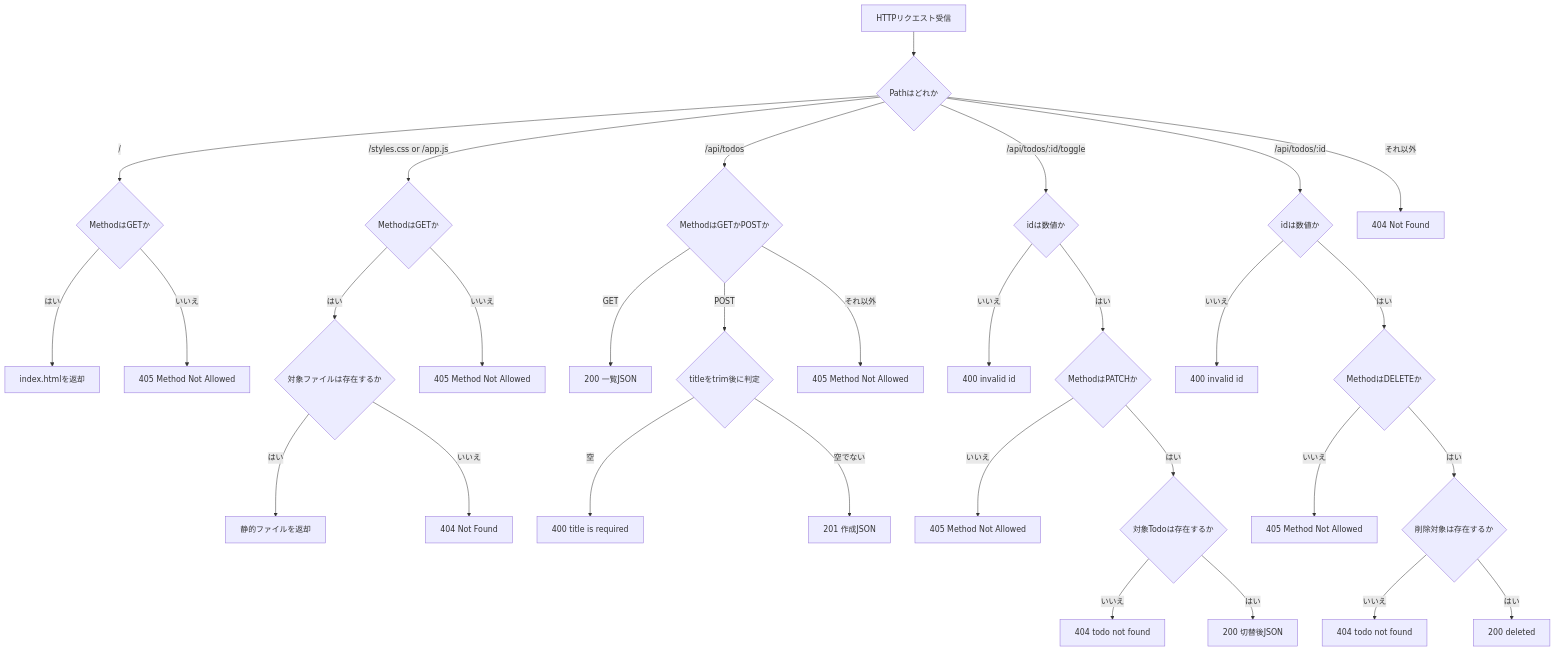
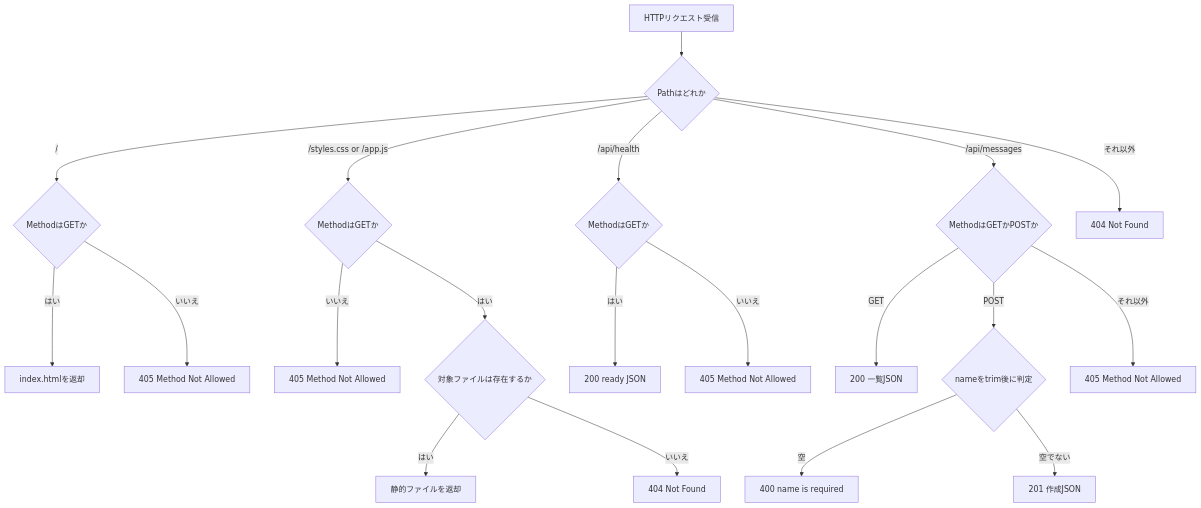
The third of 3 diagrams in docs/curriculum/web-app(簡易版)/lesson2.md (kiyomiya38/order-management-springboot), drawn with Mermaid before and after one commit. The commit also changed other lines of this file and 32 other files, not shown here.

````diff
--- a/docs/curriculum/web-app(簡易版)/lesson2.md
+++ b/docs/curriculum/web-app(簡易版)/lesson2.md
@@ -156,39 +171,27 @@
 ```mermaid
 flowchart TD
   A[HTTPリクエスト受信] --> P{Pathはどれか}
 
   P -->|/| R1{MethodはGETか}
   R1 -->|はい| OK1[index.htmlを返却]
   R1 -->|いいえ| E405A[405 Method Not Allowed]
 
   P -->|/styles.css or /app.js| R2{MethodはGETか}
+  R2 -->|いいえ| E405B[405 Method Not Allowed]
   R2 -->|はい| F{対象ファイルは存在するか}
   F -->|はい| OK2[静的ファイルを返却]
   F -->|いいえ| E404A[404 Not Found]
-  R2 -->|いいえ| E405B[405 Method Not Allowed]
 
-  P -->|/api/todos| R3{MethodはGETかPOSTか}
-  R3 -->|GET| OK3[200 一覧JSON]
-  R3 -->|POST| T{titleをtrim後に判定}
-  T -->|空| E400A[400 title is required]
-  T -->|空でない| OK4[201 作成JSON]
-  R3 -->|それ以外| E405C[405 Method Not Allowed]
+  P -->|/api/health| R3{MethodはGETか}
+  R3 -->|はい| OK3[200 ready JSON]
+  R3 -->|いいえ| E405C[405 Method Not Allowed]
 
-  P -->|/api/todos/:id/toggle| R4{idは数値か}
-  R4 -->|いいえ| E400B[400 invalid id]
-  R4 -->|はい| M1{MethodはPATCHか}
-  M1 -->|いいえ| E405D[405 Method Not Allowed]
-  M1 -->|はい| EX1{対象Todoは存在するか}
-  EX1 -->|いいえ| E404B[404 todo not found]
-  EX1 -->|はい| OK5[200 切替後JSON]
+  P -->|/api/messages| R4{MethodはGETかPOSTか}
+  R4 -->|GET| OK4[200 一覧JSON]
+  R4 -->|POST| N{nameをtrim後に判定}
+  N -->|空| E400[400 name is required]
+  N -->|空でない| OK5[201 作成JSON]
+  R4 -->|それ以外| E405D[405 Method Not Allowed]
 
-  P -->|/api/todos/:id| R5{idは数値か}
-  R5 -->|いいえ| E400C[400 invalid id]
-  R5 -->|はい| M2{MethodはDELETEか}
-  M2 -->|いいえ| E405E[405 Method Not Allowed]
-  M2 -->|はい| EX2{削除対象は存在するか}
-  EX2 -->|いいえ| E404C[404 todo not found]
-  EX2 -->|はい| OK6[200 deleted]
-
-  P -->|それ以外| E404D[404 Not Found]
+  P -->|それ以外| E404B[404 Not Found]
 ```
````
